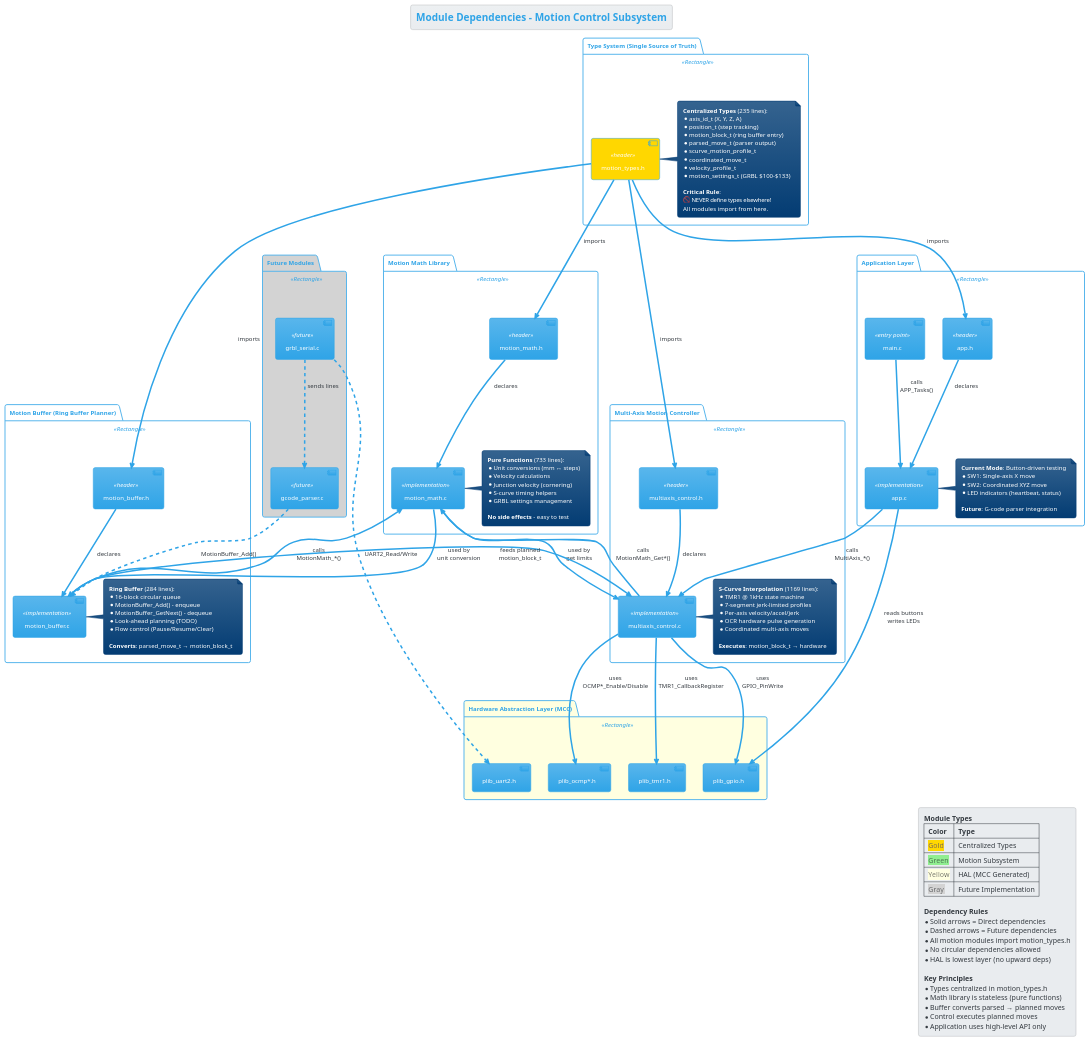
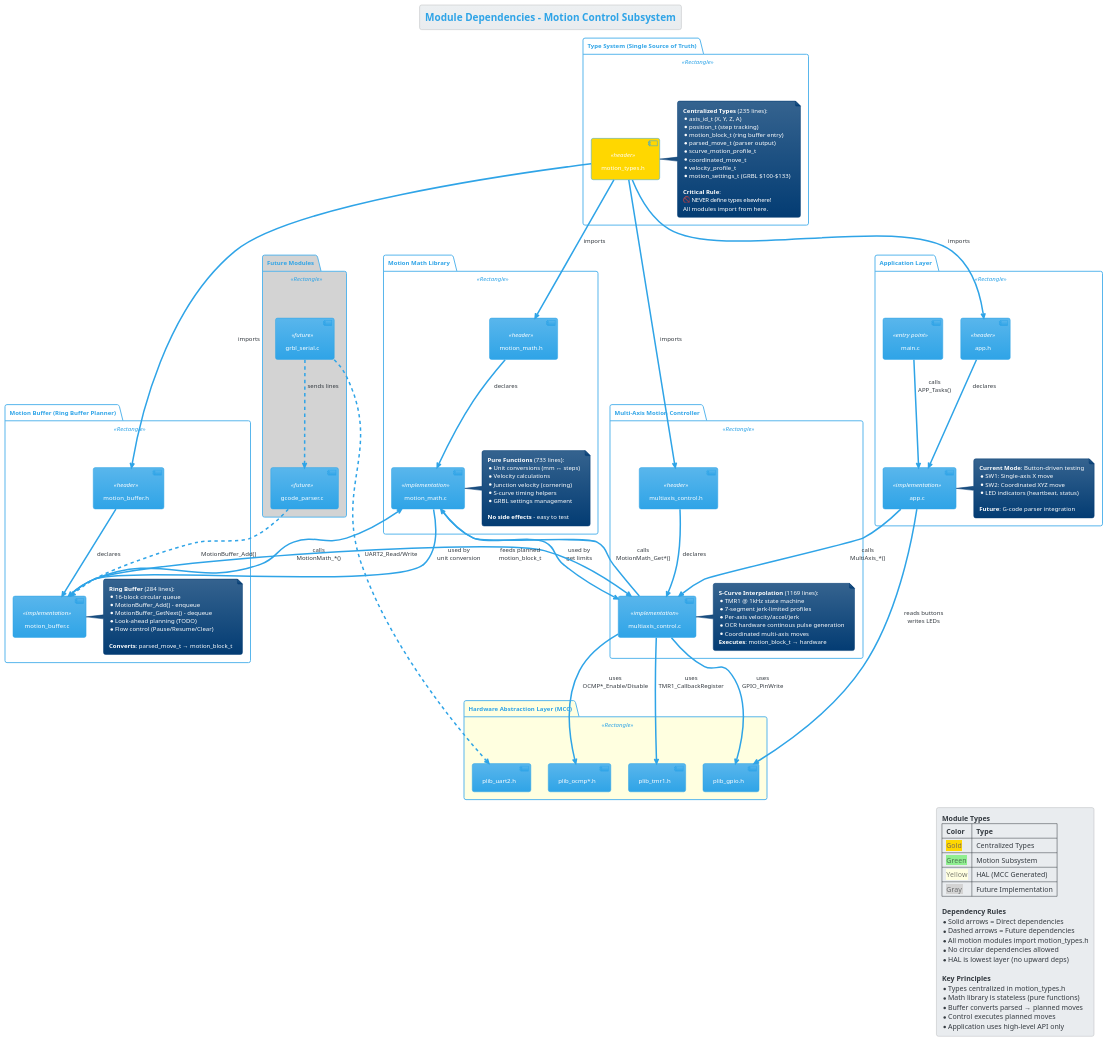
The diagram in docs/plantuml/03_module_dependencies.puml (Davec6505/Pic32mzCNC_V2), drawn with PlantUML before and after one commit. The commit also changed 10 other files, not shown here.

Commit message:
Added PlantUML diagramsm to understand complexity of application.

```diff
--- a/docs/plantuml/03_module_dependencies.puml
+++ b/docs/plantuml/03_module_dependencies.puml
@@ -1,190 +1,189 @@
 @startuml
 !theme cerulean
 title Module Dependencies - Motion Control Subsystem
 
 ' ============================================================================
 ' CENTRALIZED TYPE SYSTEM
 ' ============================================================================
 package "Type System (Single Source of Truth)" <<Rectangle>> {
   component [motion_types.h] as Types <<header>> #Gold
   
   note right of Types
     **Centralized Types** (235 lines):
     * axis_id_t (X, Y, Z, A)
     * position_t (step tracking)
     * motion_block_t (ring buffer entry)
     * parsed_move_t (parser output)
     * scurve_motion_profile_t
     * coordinated_move_t
     * velocity_profile_t
     * motion_settings_t (GRBL $100-$133)
     
     **Critical Rule**:
     🚫 NEVER define types elsewhere!
     All modules import from here.
   end note
 }
 
 ' ============================================================================
 ' MOTION MATH LIBRARY
 ' ============================================================================
 package "Motion Math Library" <<Rectangle>> {
   component [motion_math.h] as MathH <<header>>
   component [motion_math.c] as MathC <<implementation>>
   
   note right of MathC
     **Pure Functions** (733 lines):
     * Unit conversions (mm ↔ steps)
     * Velocity calculations
     * Junction velocity (cornering)
     * S-curve timing helpers
     * GRBL settings management
     
     **No side effects** - easy to test
   end note
 }
 
 ' ============================================================================
 ' MOTION BUFFER (Ring Buffer)
 ' ============================================================================
 package "Motion Buffer (Ring Buffer Planner)" <<Rectangle>> {
   component [motion_buffer.h] as BufferH <<header>>
   component [motion_buffer.c] as BufferC <<implementation>>
   
   note right of BufferC
     **Ring Buffer** (284 lines):
     * 16-block circular queue
     * MotionBuffer_Add() - enqueue
     * MotionBuffer_GetNext() - dequeue
     * Look-ahead planning (TODO)
     * Flow control (Pause/Resume/Clear)
     
     **Converts**: parsed_move_t → motion_block_t
   end note
 }
 
 ' ============================================================================
 ' MULTI-AXIS CONTROL
 ' ============================================================================
 package "Multi-Axis Motion Controller" <<Rectangle>> {
   component [multiaxis_control.h] as ControlH <<header>>
   component [multiaxis_control.c] as ControlC <<implementation>>
   
   note right of ControlC
     **S-Curve Interpolation** (1169 lines):
     * TMR1 @ 1kHz state machine
     * 7-segment jerk-limited profiles
     * Per-axis velocity/accel/jerk
-    * OCR hardware pulse generation
+    * OCR hardware continous pulse generation
     * Coordinated multi-axis moves
-    
     **Executes**: motion_block_t → hardware
   end note
 }
 
 ' ============================================================================
 ' APPLICATION LAYER
 ' ============================================================================
 package "Application Layer" <<Rectangle>> {
   component [app.h] as AppH <<header>>
   component [app.c] as AppC <<implementation>>
   component [main.c] as Main <<entry point>>
   
   note right of AppC
     **Current Mode**: Button-driven testing
     * SW1: Single-axis X move
     * SW2: Coordinated XYZ move
     * LED indicators (heartbeat, status)
     
     **Future**: G-code parser integration
   end note
 }
 
 ' ============================================================================
 ' HARDWARE ABSTRACTION LAYER (MCC Generated)
 ' ============================================================================
 package "Hardware Abstraction Layer (MCC)" <<Rectangle>> #LightYellow {
   component [plib_tmr1.h] as TMR1_H
   component [plib_ocmp*.h] as OCR_H
   component [plib_gpio.h] as GPIO_H
   component [plib_uart2.h] as UART_H
 }
 
 ' ============================================================================
 ' DEPENDENCIES - Type System
 ' ============================================================================
 Types -down-> MathH : imports
 Types -down-> BufferH : imports
 Types -down-> ControlH : imports
 Types -down-> AppH : imports
 
 ' ============================================================================
 ' DEPENDENCIES - Motion Math
 ' ============================================================================
 MathH -down-> MathC : declares
 MathC -down-> BufferC : used by\nunit conversion
 MathC -down-> ControlC : used by\nget limits
 
 ' ============================================================================
 ' DEPENDENCIES - Motion Buffer
 ' ============================================================================
 BufferH -down-> BufferC : declares
 BufferC -down-> MathC : calls\nMotionMath_*()
 BufferC -right-> ControlC : feeds planned\nmotion_block_t
 
 ' ============================================================================
 ' DEPENDENCIES - Multi-Axis Control
 ' ============================================================================
 ControlH -down-> ControlC : declares
 ControlC -down-> TMR1_H : uses\nTMR1_CallbackRegister
 ControlC -down-> OCR_H : uses\nOCMP*_Enable/Disable
 ControlC -down-> GPIO_H : uses\nGPIO_PinWrite
 ControlC -up-> MathC : calls\nMotionMath_Get*()
 
 ' ============================================================================
 ' DEPENDENCIES - Application Layer
 ' ============================================================================
 AppH -down-> AppC : declares
 Main -down-> AppC : calls\nAPP_Tasks()
 AppC -down-> ControlC : calls\nMultiAxis_*()
 AppC -down-> GPIO_H : reads buttons\nwrites LEDs
 
 ' ============================================================================
 ' FUTURE DEPENDENCIES (Planned)
 ' ============================================================================
 package "Future Modules" <<Rectangle>> #LightGray {
   component [gcode_parser.c] as Parser <<future>>
   component [grbl_serial.c] as Serial <<future>>
 }
 
 Serial .down.> Parser : sends lines
 Parser .down.> BufferC : MotionBuffer_Add()
 Serial .down.> UART_H : UART2_Read/Write
 
 ' ============================================================================
 ' LEGEND
 ' ============================================================================
 legend right
   **Module Types**
   |= Color |= Type |
   | <back:gold>Gold</back> | Centralized Types |
   | <back:lightgreen>Green</back> | Motion Subsystem |
   | <back:lightyellow>Yellow</back> | HAL (MCC Generated) |
   | <back:lightgray>Gray</back> | Future Implementation |
   
   **Dependency Rules**
   * Solid arrows = Direct dependencies
   * Dashed arrows = Future dependencies
   * All motion modules import motion_types.h
   * No circular dependencies allowed
   * HAL is lowest layer (no upward deps)
   
   **Key Principles**
   * Types centralized in motion_types.h
   * Math library is stateless (pure functions)
   * Buffer converts parsed → planned moves
   * Control executes planned moves
   * Application uses high-level API only
 end legend
 
 @enduml
```
